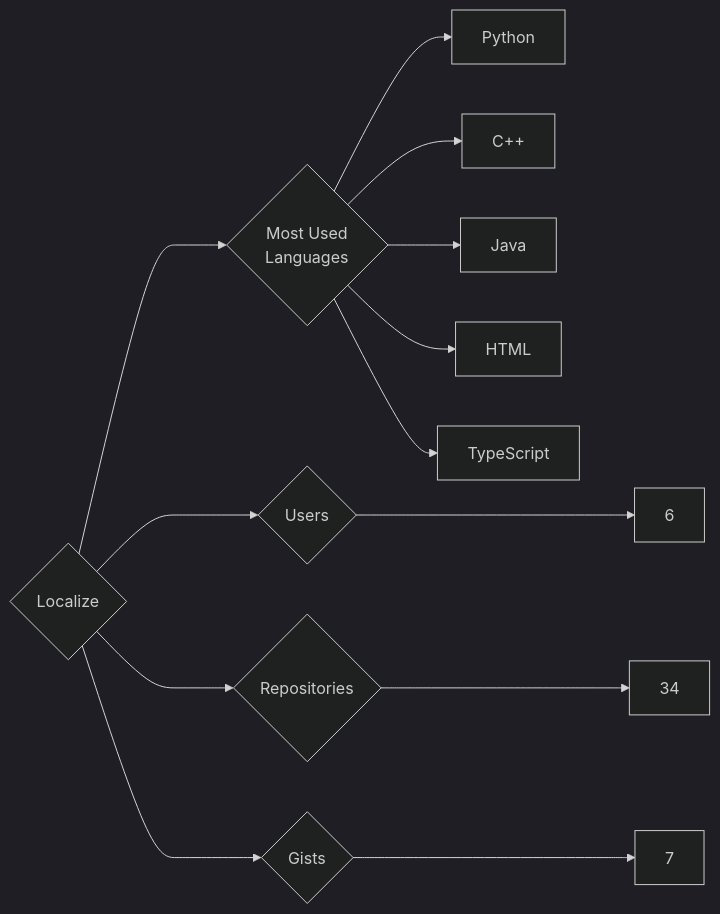
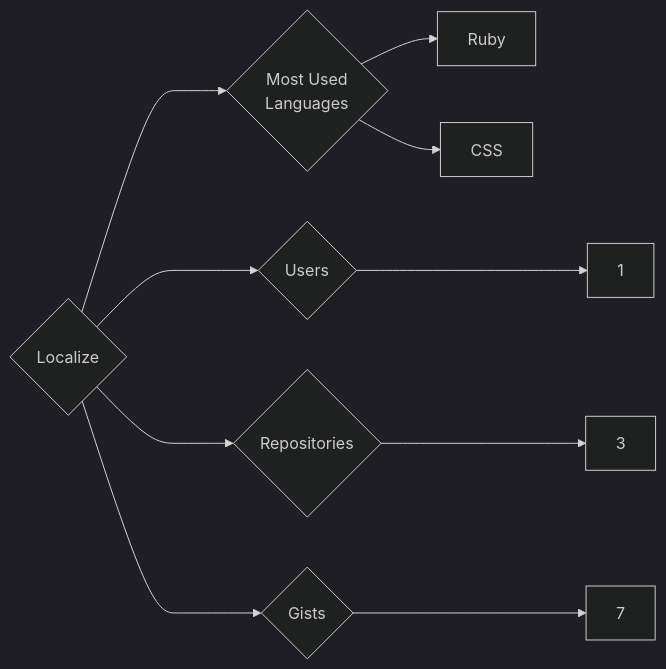
Before and after one commit to trickest/insiders: the diagram in targets/Localize/README.md, drawn with Mermaid (dark theme). The commit also changed 944 other files, not shown here.

````diff
--- a/targets/Localize/README.md
+++ b/targets/Localize/README.md
@@ -3,13 +3,10 @@
 ```mermaid
 graph LR
 COMPANY_NAME{Localize}
-COMPANY_NAME ---> U{Users} ---> UN[6]
-COMPANY_NAME ---> R{Repositories} ---> RN[34]
+COMPANY_NAME ---> U{Users} ---> UN[1]
+COMPANY_NAME ---> R{Repositories} ---> RN[3]
 COMPANY_NAME ---> G{Gists} ---> GN[7]
 COMPANY_NAME ---> ML{Most Used<br>Languages}
-ML --> Python[Python]
-ML --> C++[C++]
-ML --> Java[Java]
-ML --> HTML[HTML]
-ML --> TypeScript[TypeScript]
+ML --> Ruby[Ruby]
+ML --> CSS[CSS]
 ```
````
